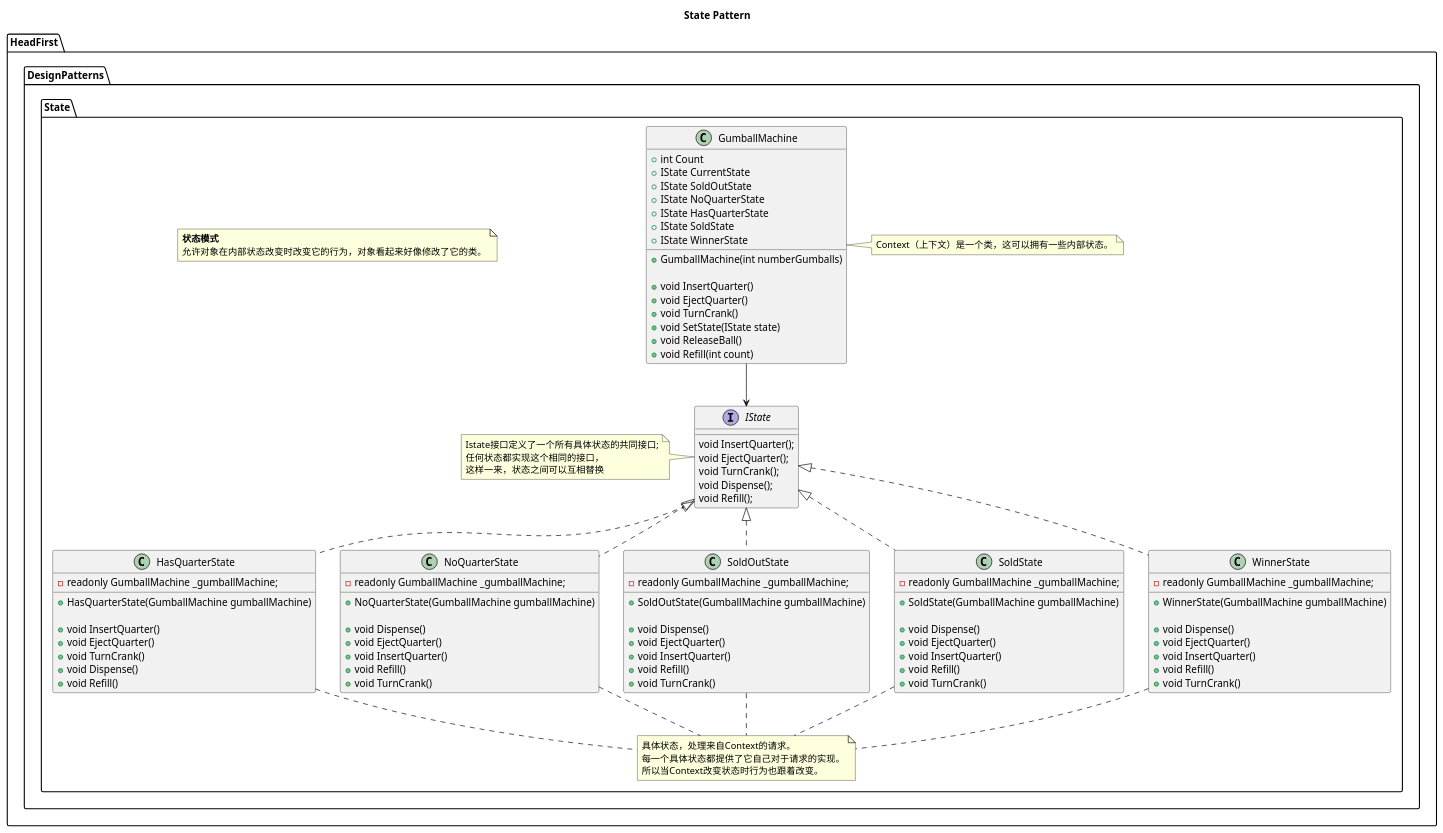
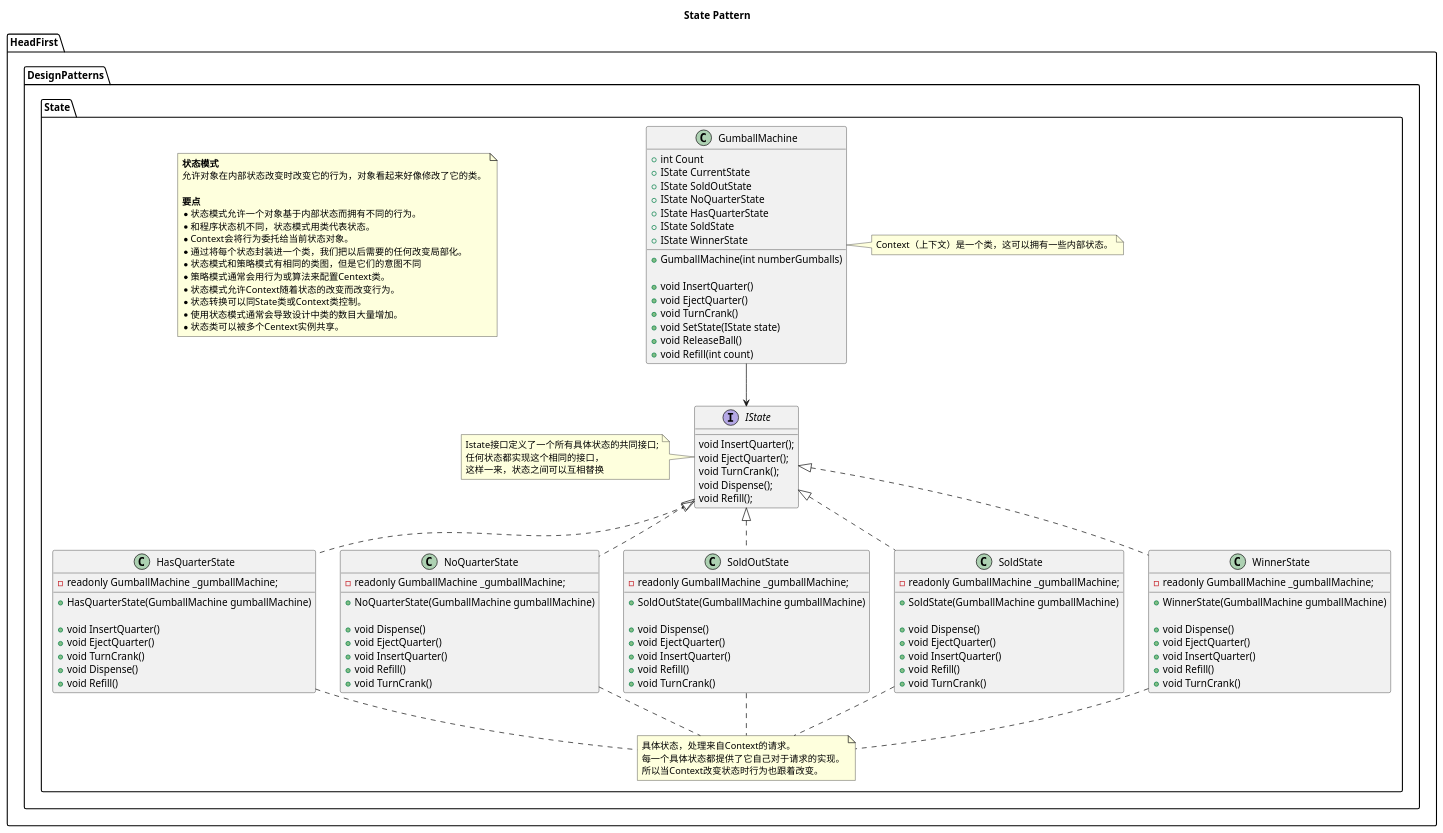
Before and after one commit to thinksjay/HeadFirst.DesignPatterns: the diagram in src/HeadFirst.DesignPatterns.State/State.wsd, drawn with PlantUML.

Commit message:
要点笔记

```diff
--- a/src/HeadFirst.DesignPatterns.State/State.wsd
+++ b/src/HeadFirst.DesignPatterns.State/State.wsd
@@ -1,130 +1,142 @@
 @startuml
 title State Pattern
 namespace HeadFirst.DesignPatterns.State{
     note as StatePatternDefind
     <b>状态模式</b>
     允许对象在内部状态改变时改变它的行为，对象看起来好像修改了它的类。
+    
+    <b>要点</b>
+    *状态模式允许一个对象基于内部状态而拥有不同的行为。
+    *和程序状态机不同，状态模式用类代表状态。
+    *Context会将行为委托给当前状态对象。
+    *通过将每个状态封装进一个类，我们把以后需要的任何改变局部化。
+    *状态模式和策略模式有相同的类图，但是它们的意图不同
+    *策略模式通常会用行为或算法来配置Centext类。
+    *状态模式允许Context随着状态的改变而改变行为。
+    *状态转换可以同State类或Context类控制。
+    *使用状态模式通常会导致设计中类的数目大量增加。
+    *状态类可以被多个Centext实例共享。
     end note
     GumballMachine --> IState
     HasQuarterState .up.|> IState
     NoQuarterState .up.|> IState
     SoldOutState .up.|> IState
     SoldState .up.|> IState
     WinnerState .up.|> IState
 
     class GumballMachine
     {
         + int Count
         + IState CurrentState
         + IState SoldOutState
         + IState NoQuarterState
         + IState HasQuarterState
         + IState SoldState
         + IState WinnerState
 
         + GumballMachine(int numberGumballs)
 
         + void InsertQuarter()
         + void EjectQuarter()
         + void TurnCrank()
         + void SetState(IState state)
         + void ReleaseBall()
         + void Refill(int count)
     }
 
     note as GumballMachineNote
     Context（上下文）是一个类，这可以拥有一些内部状态。
     end note
     GumballMachineNote .left. GumballMachine
 
     interface IState
     {
         void InsertQuarter();
         void EjectQuarter();
         void TurnCrank();
         void Dispense();
         void Refill();
     }
 
     note as IStateNote
     Istate接口定义了一个所有具体状态的共同接口;
     任何状态都实现这个相同的接口，
     这样一来，状态之间可以互相替换
     end note
     IStateNote .right. IState
     class HasQuarterState
     {
         - readonly GumballMachine _gumballMachine;
 
         + HasQuarterState(GumballMachine gumballMachine)
 
         + void InsertQuarter()
         + void EjectQuarter()
         + void TurnCrank()
         + void Dispense()
         + void Refill()
     }
 
     class NoQuarterState
     {
         - readonly GumballMachine _gumballMachine;
 
         + NoQuarterState(GumballMachine gumballMachine)
 
         + void Dispense()
         + void EjectQuarter()
         + void InsertQuarter()
         + void Refill()
         + void TurnCrank()
     }
 
     class SoldOutState
     {
         - readonly GumballMachine _gumballMachine;
 
         + SoldOutState(GumballMachine gumballMachine)
 
         + void Dispense()
         + void EjectQuarter()
         + void InsertQuarter()
         + void Refill()
         + void TurnCrank()
     }
 
     class SoldState
     {
         - readonly GumballMachine _gumballMachine;
 
         + SoldState(GumballMachine gumballMachine)
 
         + void Dispense()
         + void EjectQuarter()
         + void InsertQuarter()
         + void Refill()
         + void TurnCrank()
     }
 
     class WinnerState
     {
         - readonly GumballMachine _gumballMachine;
 
         + WinnerState(GumballMachine gumballMachine)
 
         + void Dispense()
         + void EjectQuarter()
         + void InsertQuarter()
         + void Refill()
         + void TurnCrank()
     }
     note as StatesNote
     具体状态，处理来自Context的请求。
     每一个具体状态都提供了它自己对于请求的实现。
     所以当Context改变状态时行为也跟着改变。
     end note
     HasQuarterState .. StatesNote
     NoQuarterState .. StatesNote
     SoldOutState .. StatesNote
     SoldState .. StatesNote
     WinnerState .. StatesNote
 }
 @enduml
```
